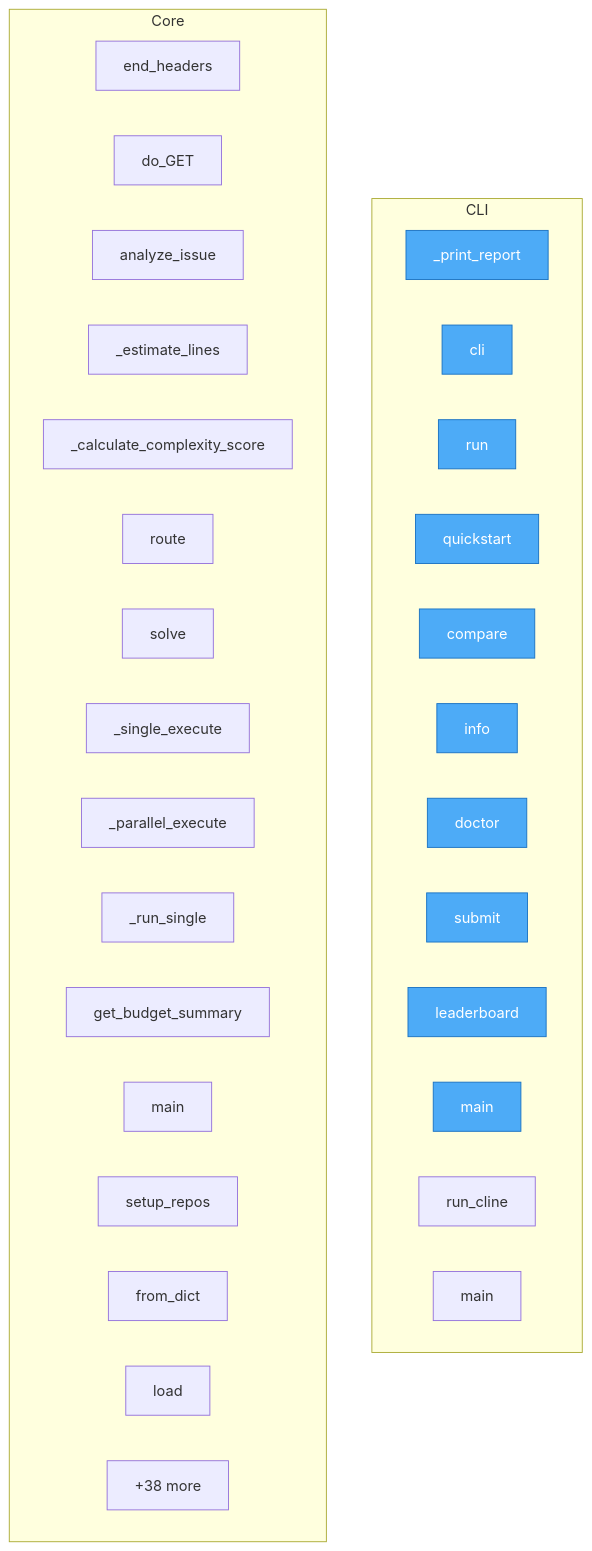
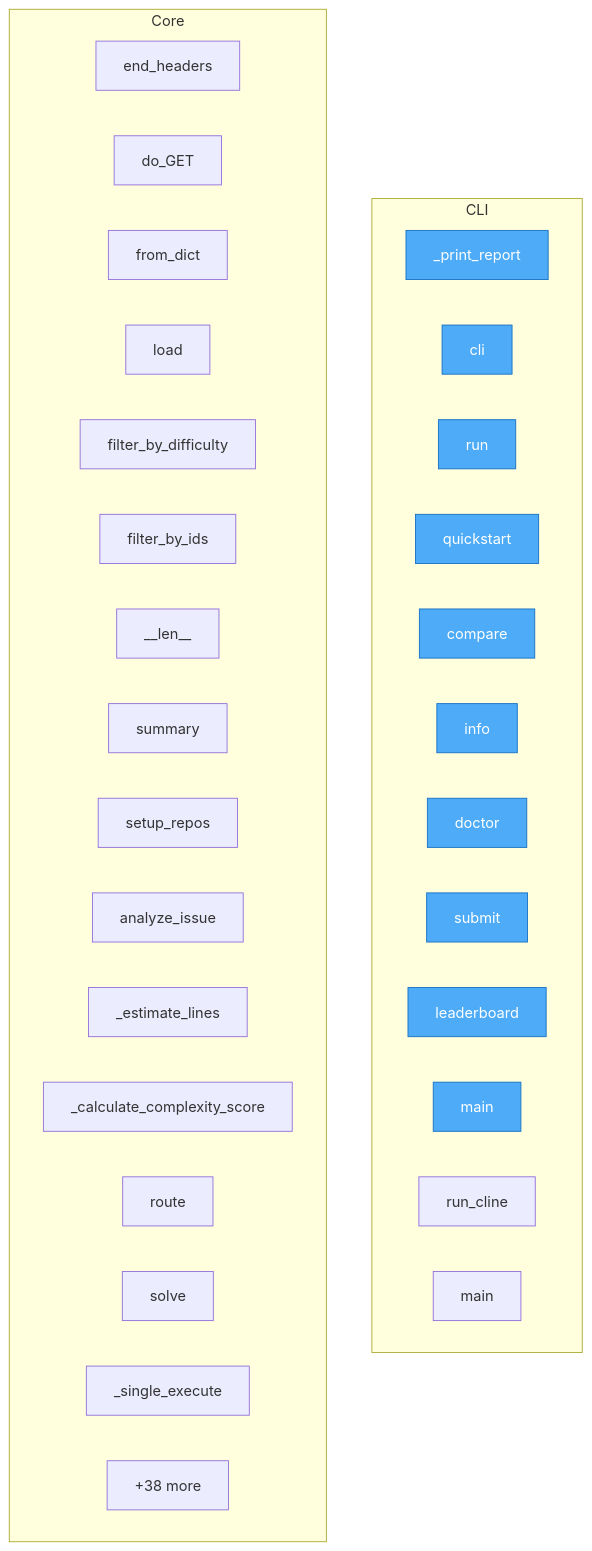
The diagram in project/flow.mmd (semcod/qualbench), drawn with Mermaid before and after one commit. The commit also changed 12 other files, not shown here.

```diff
--- a/project/flow.mmd
+++ b/project/flow.mmd
@@ -1,40 +1,40 @@
 flowchart TD
 
     %% Entry points (blue)
     classDef entry fill:#4dabf7,stroke:#1971c2,color:#fff
 
     subgraph CLI
         qualbench__cli___print_report["_print_report"]
         qualbench__cli__cli["cli"]
         qualbench__cli__run["run"]
         qualbench__cli__quickstart["quickstart"]
         qualbench__cli__compare["compare"]
         qualbench__cli__info["info"]
         qualbench__cli__doctor["doctor"]
         qualbench__cli__submit["submit"]
         qualbench__cli__leaderboard["leaderboard"]
         qualbench__cli__main["main"]
         runners__cline_runner__run_cline["run_cline"]
         runners__cline_runner__main["main"]
     end
 
     subgraph Core
         server__Handler__end_headers["end_headers"]
         server__Handler__do_GET["do_GET"]
+        qualbench__dataset__Issue__from_dict["from_dict"]
+        qualbench__dataset__Dataset__load["load"]
+        qualbench__dataset__Dataset__filter_by_difficulty["filter_by_difficulty"]
+        qualbench__dataset__Dataset__filter_by_ids["filter_by_ids"]
+        qualbench__dataset__Dataset____len__["__len__"]
+        qualbench__dataset__Dataset__summary["summary"]
+        qualbench__utils__repos__setup_repos["setup_repos"]
         qualbench__supervisor__SupervisorAI__analyze_issue["analyze_issue"]
         qualbench__supervisor__SupervisorAI___estimate_lines["_estimate_lines"]
         qualbench__supervisor__SupervisorAI___calculate_complexity_score["_calculate_complexity_score"]
         qualbench__supervisor__SupervisorAI__route["route"]
         qualbench__supervisor__SupervisorAI__solve["solve"]
         qualbench__supervisor__SupervisorAI___single_execute["_single_execute"]
-        qualbench__supervisor__SupervisorAI___parallel_execute["_parallel_execute"]
-        qualbench__supervisor__SupervisorAI___run_single["_run_single"]
-        qualbench__supervisor__SupervisorAI__get_budget_summary["get_budget_summary"]
-        qualbench__supervisor__main["main"]
-        qualbench__utils__repos__setup_repos["setup_repos"]
-        qualbench__dataset__Issue__from_dict["from_dict"]
-        qualbench__dataset__Dataset__load["load"]
         ...["+38 more"]
     end
 
     class qualbench__cli___print_report,qualbench__cli__cli,qualbench__cli__run,qualbench__cli__quickstart,qualbench__cli__compare,qualbench__cli__info,qualbench__cli__doctor,qualbench__cli__submit,qualbench__cli__leaderboard,qualbench__cli__main entry
```
